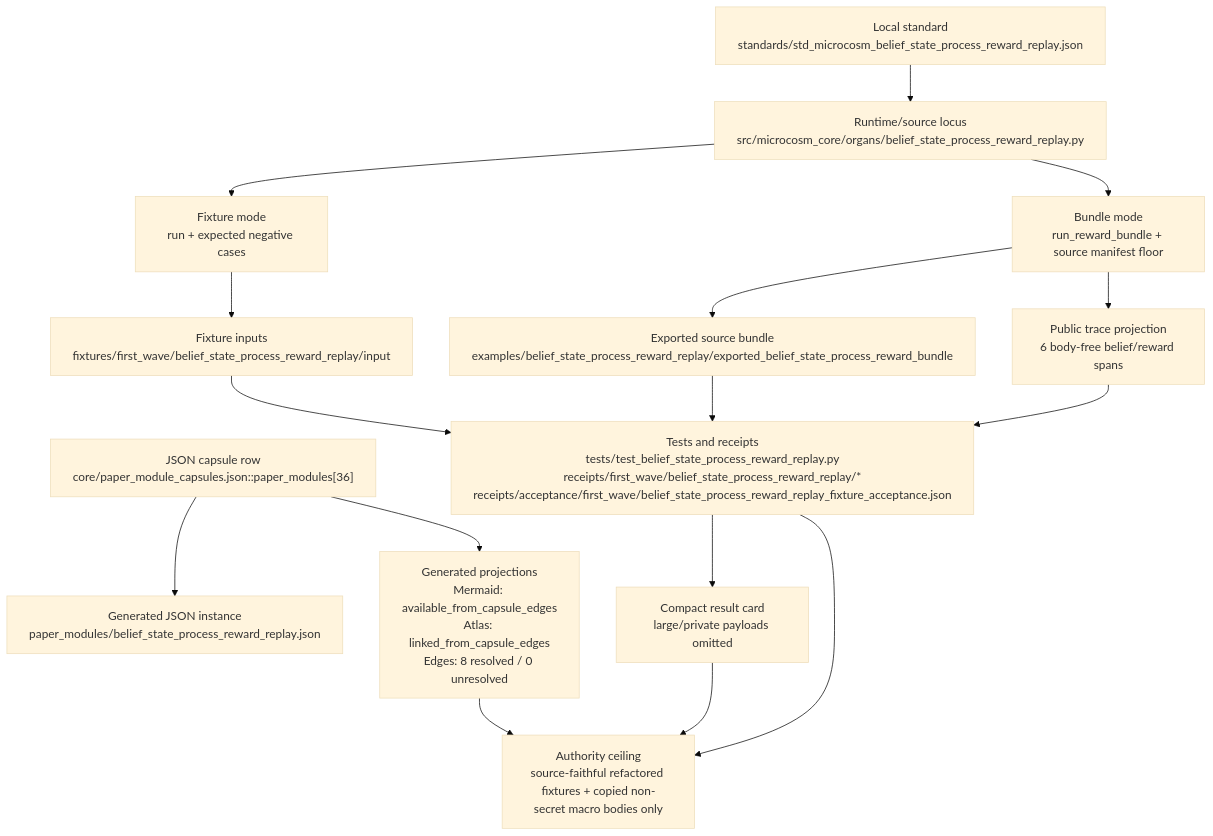
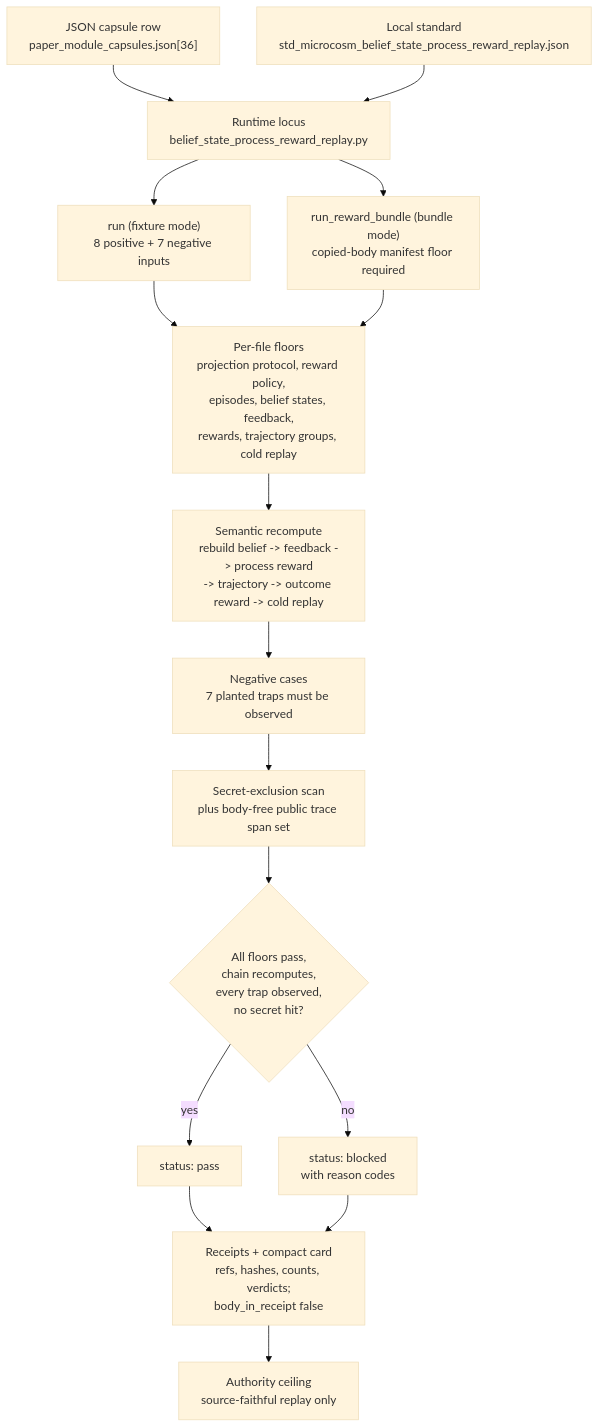
The diagram in paper_modules/belief_state_process_reward_replay.md (wcook04/plectis), drawn with Mermaid (base theme) before and after one commit. The commit also changed other lines of this file and 90 other files, not shown here.

First line of the commit message:
microcosm: enrich public paper-module prose and Shape diagrams (91 modules)

````diff
--- a/paper_modules/belief_state_process_reward_replay.md
+++ b/paper_modules/belief_state_process_reward_replay.md
@@ -52,32 +80,37 @@
 ```mermaid
 flowchart TD
-  capsule["JSON capsule row<br/>core/paper_module_capsules.json::paper_modules[36]"]
-  instance["Generated JSON instance<br/>paper_modules/belief_state_process_reward_replay.json"]
-  standard["Local standard<br/>standards/std_microcosm_belief_state_process_reward_replay.json"]
-  organ["Runtime/source locus<br/>src/microcosm_core/organs/belief_state_process_reward_replay.py"]
-  fixtureMode["Fixture mode<br/>run + expected negative cases"]
-  bundleMode["Bundle mode<br/>run_reward_bundle + source manifest floor"]
-  trace["Public trace projection<br/>6 body-free belief/reward spans"]
-  card["Compact result card<br/>large/private payloads omitted"]
-  fixtures["Fixture inputs<br/>fixtures/first_wave/belief_state_process_reward_replay/input"]
-  bundle["Exported source bundle<br/>examples/belief_state_process_reward_replay/exported_belief_state_process_reward_bundle"]
-  tests["Tests and receipts<br/>tests/test_belief_state_process_reward_replay.py<br/>receipts/first_wave/belief_state_process_reward_replay/*<br/>receipts/acceptance/first_wave/belief_state_process_reward_replay_fixture_acceptance.json"]
-  projections["Generated projections<br/>Mermaid: available_from_capsule_edges<br/>Atlas: linked_from_capsule_edges<br/>Edges: 8 resolved / 0 unresolved"]
-  ceiling["Authority ceiling<br/>source-faithful refactored fixtures + copied non-secret macro bodies only"]
+  capsule["JSON capsule row<br/>paper_module_capsules.json[36]"]
+  standard["Local standard<br/>std_microcosm_belief_state_process_reward_replay.json"]
+  organ["Runtime locus<br/>belief_state_process_reward_replay.py"]
 
-  capsule --> instance
-  capsule --> projections
+  fixtureMode["run (fixture mode)<br/>8 positive + 7 negative inputs"]
+  bundleMode["run_reward_bundle (bundle mode)<br/>copied-body manifest floor required"]
+
+  floors["Per-file floors<br/>projection protocol, reward policy,<br/>episodes, belief states, feedback,<br/>rewards, trajectory groups, cold replay"]
+  recompute["Semantic recompute<br/>rebuild belief -> feedback -> process reward<br/>-> trajectory -> outcome reward -> cold replay"]
+  negatives["Negative cases<br/>7 planted traps must be observed"]
+  scan["Secret-exclusion scan<br/>plus body-free public trace span set"]
+
+  gate{"All floors pass,<br/>chain recomputes,<br/>every trap observed,<br/>no secret hit?"}
+  pass["status: pass"]
+  blocked["status: blocked<br/>with reason codes"]
+
+  receipts["Receipts + compact card<br/>refs, hashes, counts, verdicts;<br/>body_in_receipt false"]
+  ceiling["Authority ceiling<br/>source-faithful replay only"]
+
+  capsule --> organ
   standard --> organ
   organ --> fixtureMode
   organ --> bundleMode
-  fixtureMode --> fixtures
-  bundleMode --> bundle
-  bundleMode --> trace
-  fixtures --> tests
-  bundle --> tests
-  trace --> tests
-  tests --> card
-  card --> ceiling
-  tests --> ceiling
-  projections --> ceiling
+  fixtureMode --> floors
+  bundleMode --> floors
+  floors --> recompute
+  recompute --> negatives
+  negatives --> scan
+  scan --> gate
+  gate -->|yes| pass
+  gate -->|no| blocked
+  pass --> receipts
+  blocked --> receipts
+  receipts --> ceiling
 ```
````
